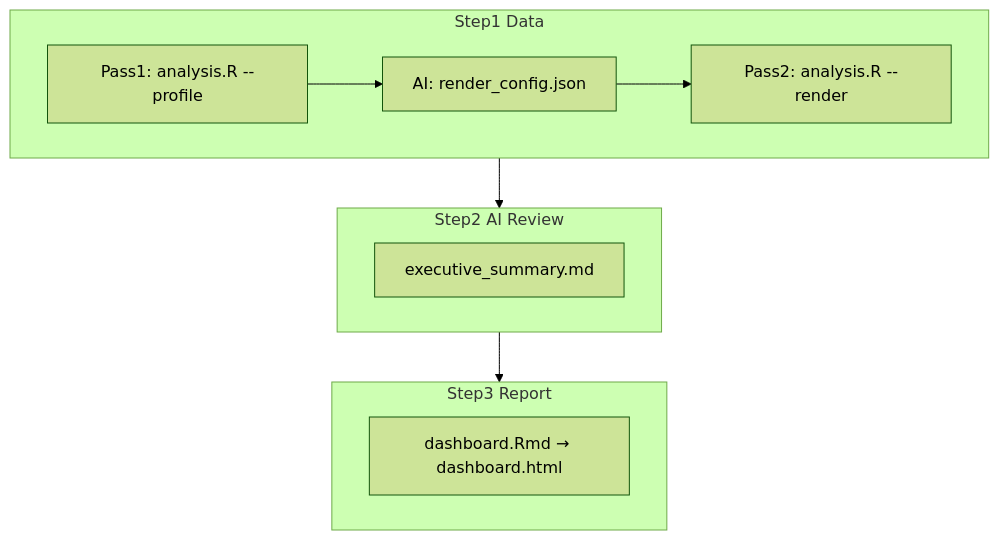
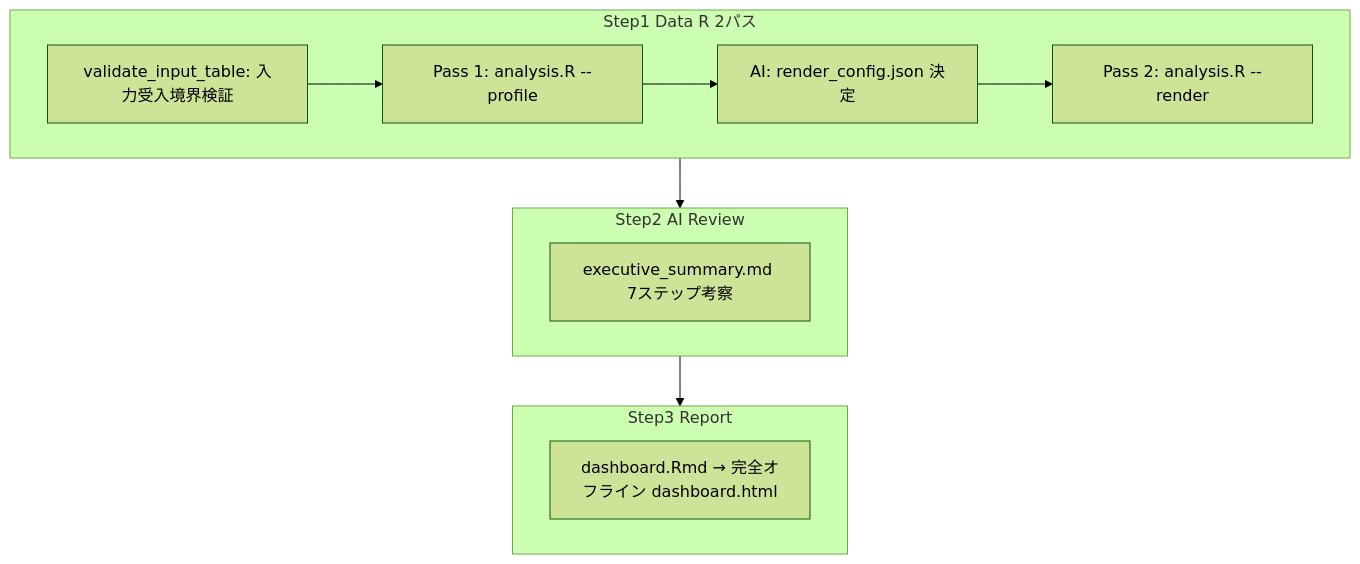
Before and after one commit to syrius2000/agentic-evidence-analysis: the first of 2 diagrams in .agents/skills/vcd-categorical-analysis/references/workflow.md, drawn with Mermaid (forest theme). The commit also changed other lines of this file and 48 other files, not shown here.

Commit message:
feat: implement vcd-categorical-analysis-v4 with input validation, residual diagnostics, and offline dashboard support

````diff
--- a/.agents/skills/vcd-categorical-analysis/references/workflow.md
+++ b/.agents/skills/vcd-categorical-analysis/references/workflow.md
@@ -5,16 +13,17 @@
 ```mermaid
 flowchart TB
-  subgraph step1 [Step1 Data]
-    P1[Pass1: analysis.R --profile]
-    CFG[AI: render_config.json]
-    P2[Pass2: analysis.R --render]
-    P1 --> CFG --> P2
+  subgraph step1 [Step1 Data R 2パス]
+    V[validate_input_table: 入力受入境界検証]
+    P1[Pass 1: analysis.R --profile]
+    CFG[AI: render_config.json 決定]
+    P2[Pass 2: analysis.R --render]
+    V --> P1 --> CFG --> P2
   end
   subgraph step2 [Step2 AI Review]
-    ES[executive_summary.md]
+    ES[executive_summary.md 7ステップ考察]
   end
   subgraph step3 [Step3 Report]
-    DB[dashboard.Rmd → dashboard.html]
+    DB[dashboard.Rmd → 完全オフライン dashboard.html]
   end
   step1 --> step2 --> step3
 ```
````
